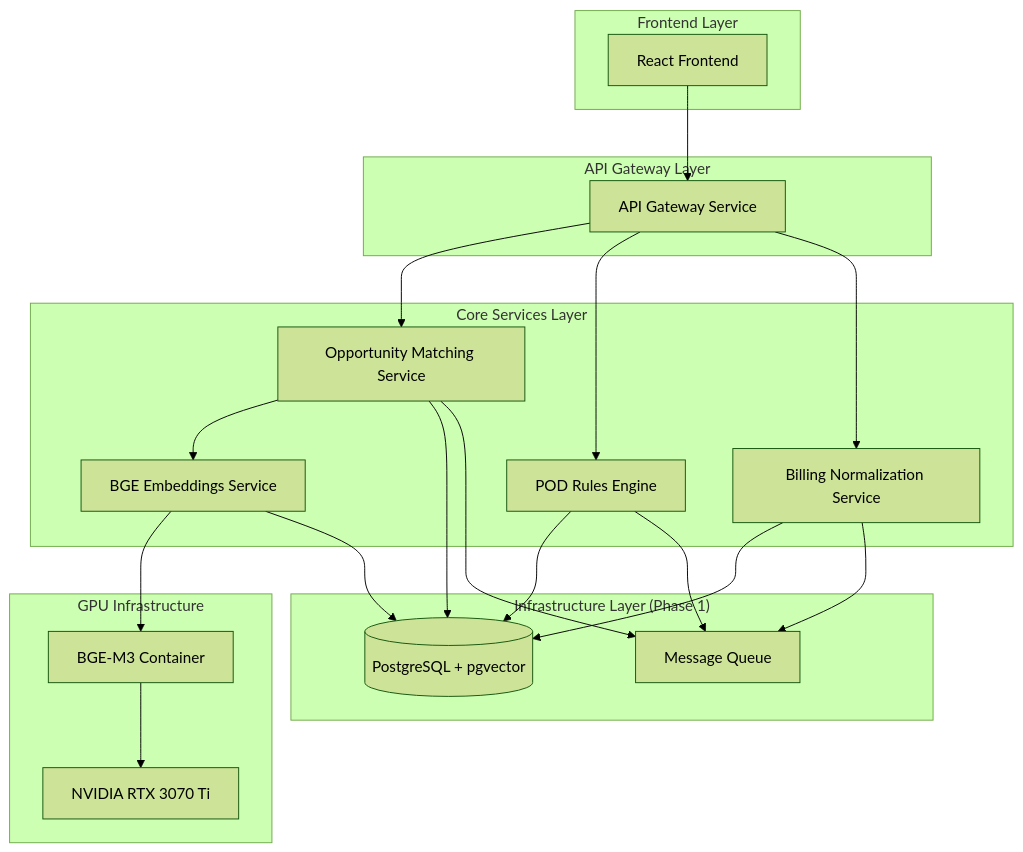
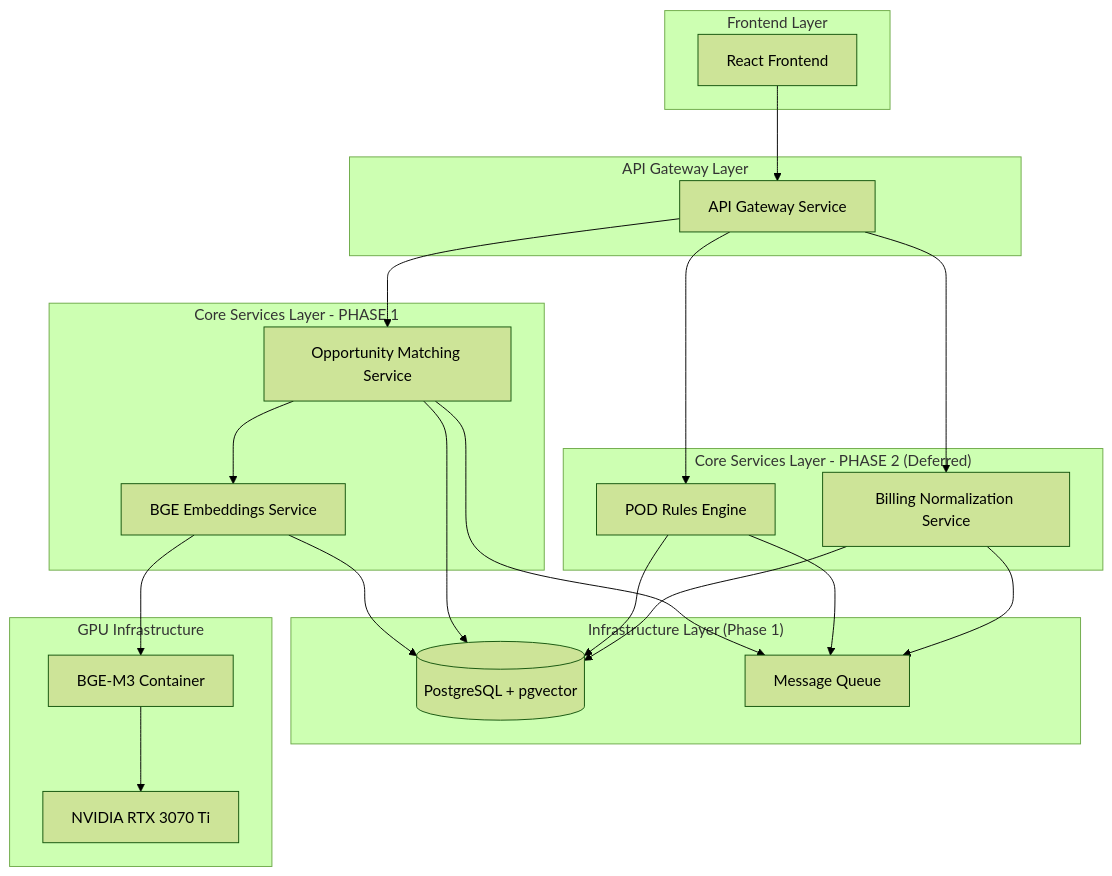
The diagram in .spec-workflow/specs/core-platform-services/design.md (ErikLoyd123/RevOpsAutomationV2), drawn with Mermaid (forest theme) before and after one commit. The commit also changed other lines of this file and 16 other files, not shown here.

````diff
--- a/.spec-workflow/specs/core-platform-services/design.md
+++ b/.spec-workflow/specs/core-platform-services/design.md
@@ -50,44 +54,47 @@
 ```mermaid
 graph TD
     subgraph "Frontend Layer"
         REACT[React Frontend]
     end
     
     subgraph "API Gateway Layer"
         API[API Gateway Service]
     end
     
-    subgraph "Core Services Layer"
+    subgraph "Core Services Layer - PHASE 1"
         EMBED[BGE Embeddings Service]
         MATCH[Opportunity Matching Service]
+    end
+    
+    subgraph "Core Services Layer - PHASE 2 (Deferred)"
         RULES[POD Rules Engine]
         BILL[Billing Normalization Service]
     end
     
     subgraph "Infrastructure Layer (Phase 1)"
         DB[(PostgreSQL + pgvector)]
         QUEUE[Message Queue]
     end
     
     subgraph "GPU Infrastructure"
         GPU[NVIDIA RTX 3070 Ti]
         BGE_CONTAINER[BGE-M3 Container]
     end
     
     REACT --> API
     API --> MATCH
     API --> RULES
     API --> BILL
     MATCH --> EMBED
     EMBED --> BGE_CONTAINER
     BGE_CONTAINER --> GPU
     
     EMBED --> DB
     MATCH --> DB
     RULES --> DB
     BILL --> DB
     
     MATCH --> QUEUE
     RULES --> QUEUE
     BILL --> QUEUE
 ```
````
